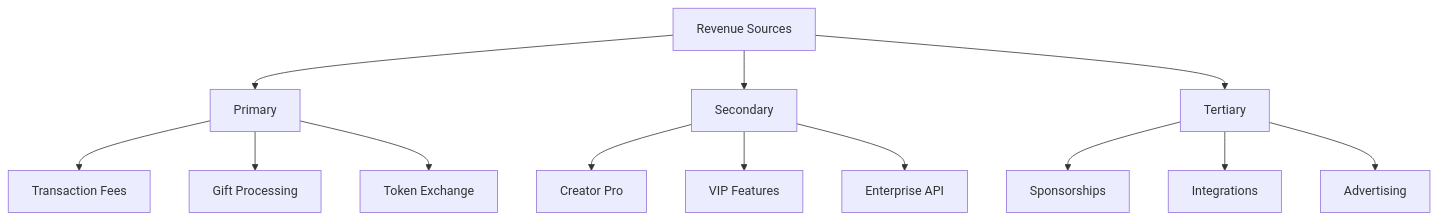
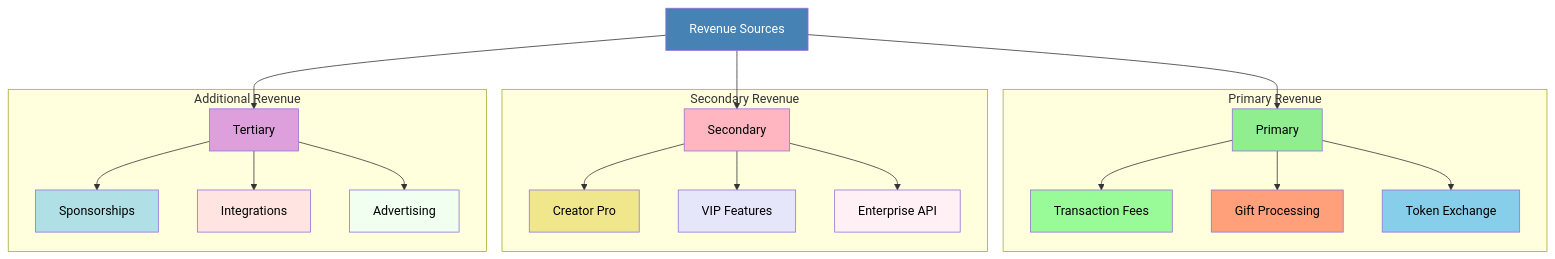
One commit to MEMEFANS/memefans changed the first of 9 diagrams in docs/whitepaper/business-model.md. Above: the diagram before and after it, drawn with Mermaid. The commit also changed 4 other files, not shown here.

Commit message:
fix: update mermaid diagrams with improved styles and standard syntax

````diff
--- a/docs/whitepaper/business-model.md
+++ b/docs/whitepaper/business-model.md
@@ -5,18 +5,38 @@
 ```mermaid
 graph TD
     A[Revenue Sources] --> B[Primary]
     A --> C[Secondary]
     A --> D[Tertiary]
     
-    B --> B1[Transaction Fees]
-    B --> B2[Gift Processing]
-    B --> B3[Token Exchange]
+    subgraph Primary Revenue
+        B --> B1[Transaction Fees]
+        B --> B2[Gift Processing]
+        B --> B3[Token Exchange]
+    end
     
-    C --> C1[Creator Pro]
-    C --> C2[VIP Features]
-    C --> C3[Enterprise API]
+    subgraph Secondary Revenue
+        C --> C1[Creator Pro]
+        C --> C2[VIP Features]
+        C --> C3[Enterprise API]
+    end
     
-    D --> D1[Sponsorships]
-    D --> D2[Integrations]
-    D --> D3[Advertising]
+    subgraph Additional Revenue
+        D --> D1[Sponsorships]
+        D --> D2[Integrations]
+        D --> D3[Advertising]
+    end
+    
+    style A fill:#4682B4,color:#FFFFFF
+    style B fill:#90EE90,color:#000000
+    style C fill:#FFB6C1,color:#000000
+    style D fill:#DDA0DD,color:#000000
+    style B1 fill:#98FB98,color:#000000
+    style B2 fill:#FFA07A,color:#000000
+    style B3 fill:#87CEEB,color:#000000
+    style C1 fill:#F0E68C,color:#000000
+    style C2 fill:#E6E6FA,color:#000000
+    style C3 fill:#FFF0F5,color:#000000
+    style D1 fill:#B0E0E6,color:#000000
+    style D2 fill:#FFE4E1,color:#000000
+    style D3 fill:#F0FFF0,color:#000000
 ```
````
